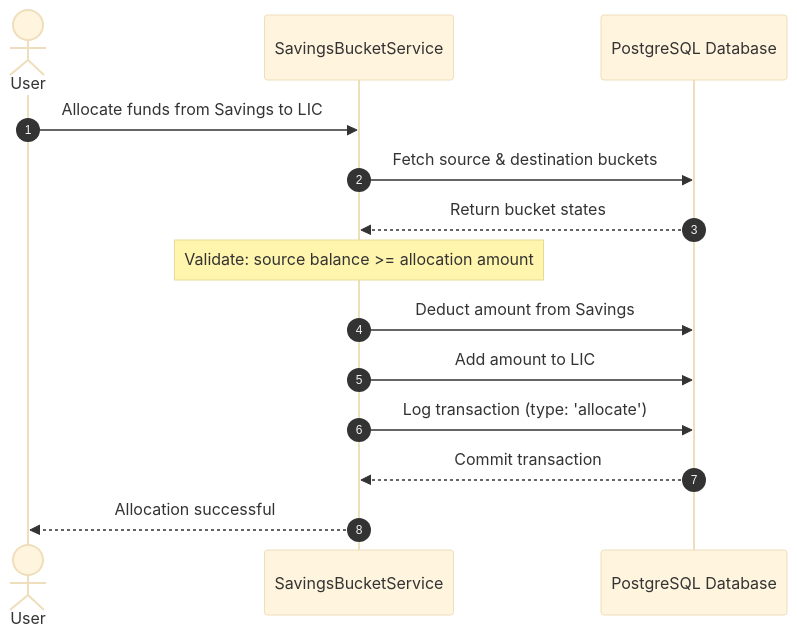
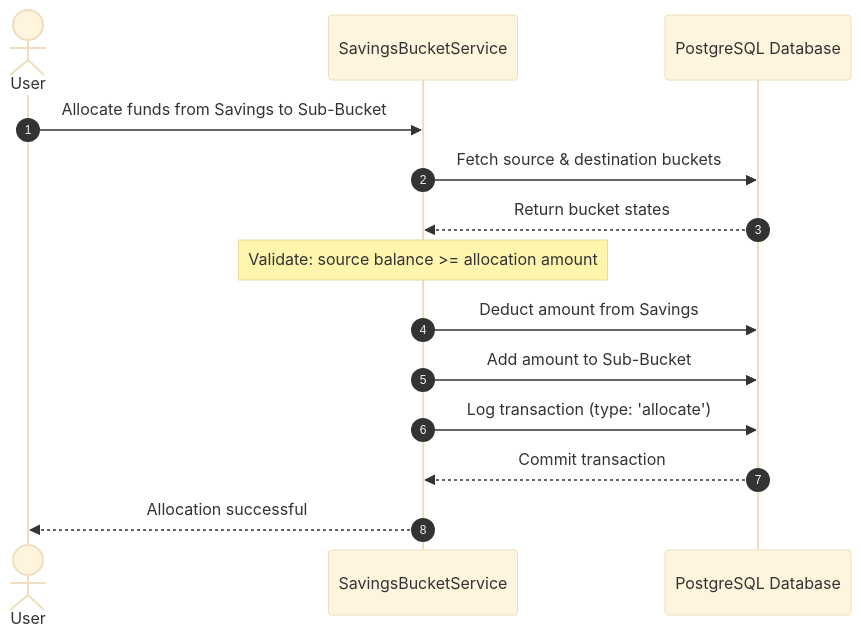
One commit to shangar-t-a/bella-keys-personal-assist changed the first of 3 diagrams in services/expense-manager-service/docs/features/savings-bucket.md. Above: the diagram before and after it, drawn with Mermaid (base theme). The commit also changed other lines of this file and 21 other files, not shown here.

````diff
--- a/services/expense-manager-service/docs/features/savings-bucket.md
+++ b/services/expense-manager-service/docs/features/savings-bucket.md
@@ -63,17 +25,17 @@
 ```mermaid
 sequenceDiagram
     autonumber
     actor User
     participant Service as SavingsBucketService
     participant DB as PostgreSQL Database
 
-    User->>Service: Allocate funds from Savings to LIC
+    User->>Service: Allocate funds from Savings to Sub-Bucket
     Service->>DB: Fetch source & destination buckets
     DB-->>Service: Return bucket states
     Note over Service: Validate: source balance >= allocation amount
     Service->>DB: Deduct amount from Savings
-    Service->>DB: Add amount to LIC
+    Service->>DB: Add amount to Sub-Bucket
     Service->>DB: Log transaction (type: 'allocate')
     DB-->>Service: Commit transaction
     Service-->>User: Allocation successful
 ```
````
